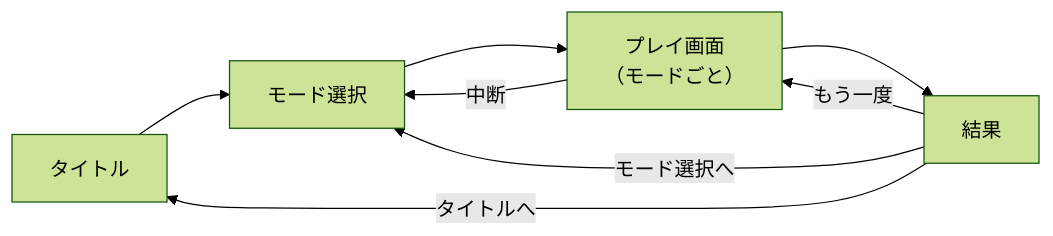
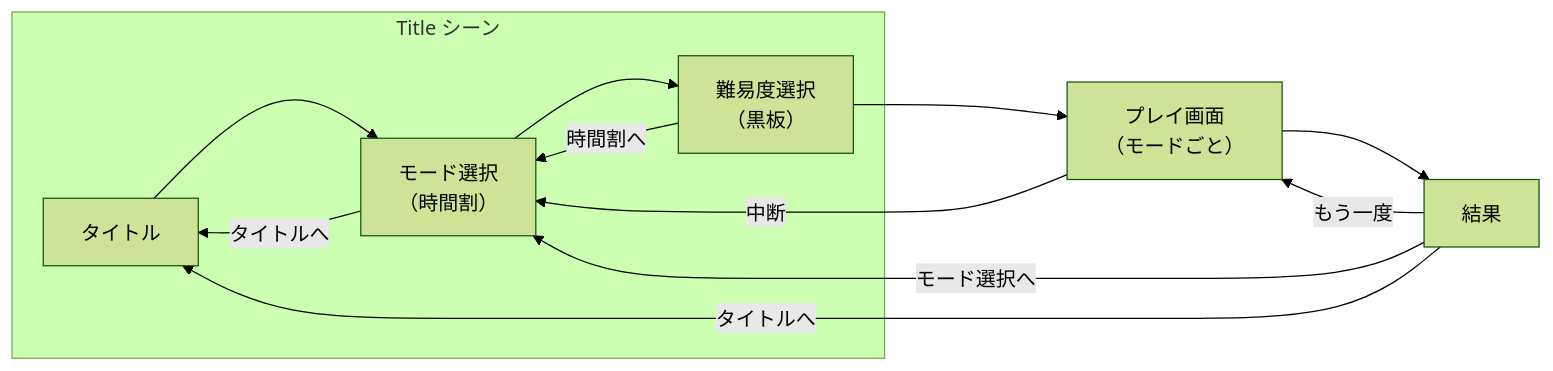
Before and after one commit to NEKOMARU23/Kanji-Quiz: the diagram in Docs/ScreenDesign.md, drawn with Mermaid (forest theme). The commit also changed other lines of this file and 4 other files, not shown here.

````diff
--- a/Docs/ScreenDesign.md
+++ b/Docs/ScreenDesign.md
@@ -51,10 +51,15 @@
 ```mermaid
 flowchart LR
-    Title["タイトル"] --> Mode["モード選択"]
-    Mode --> Play["プレイ画面<br/>（モードごと）"]
+    subgraph TitleScene["Title シーン"]
+        Title["タイトル"] --> Mode["モード選択<br/>（時間割）"]
+        Mode --> Diff["難易度選択<br/>（黒板）"]
+        Diff -- 時間割へ --> Mode
+        Mode -- タイトルへ --> Title
+    end
+    Diff --> Play["プレイ画面<br/>（モードごと）"]
     Play --> Result["結果"]
     Play -- 中断 --> Mode
     Result -- もう一度 --> Play
     Result -- モード選択へ --> Mode
     Result -- タイトルへ --> Title
 ```
````
